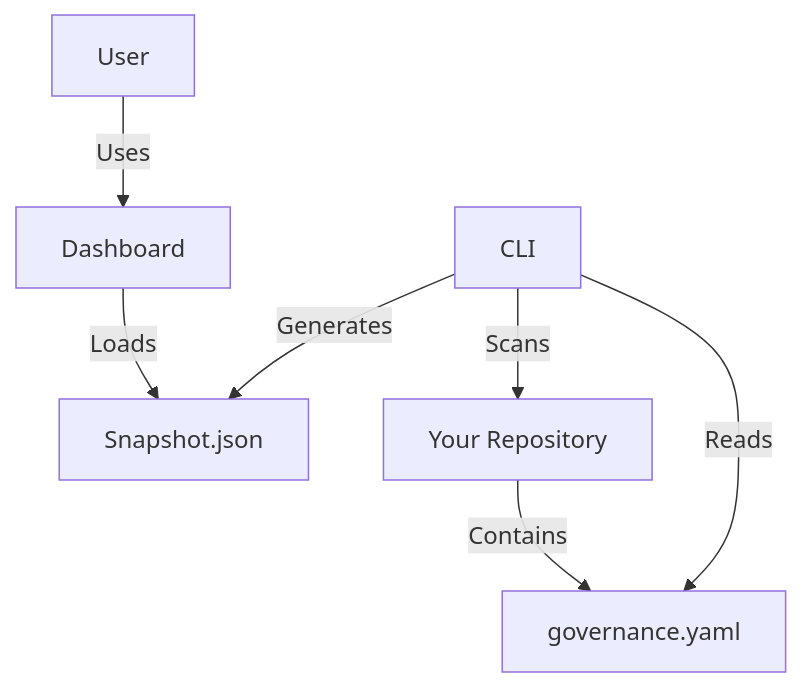
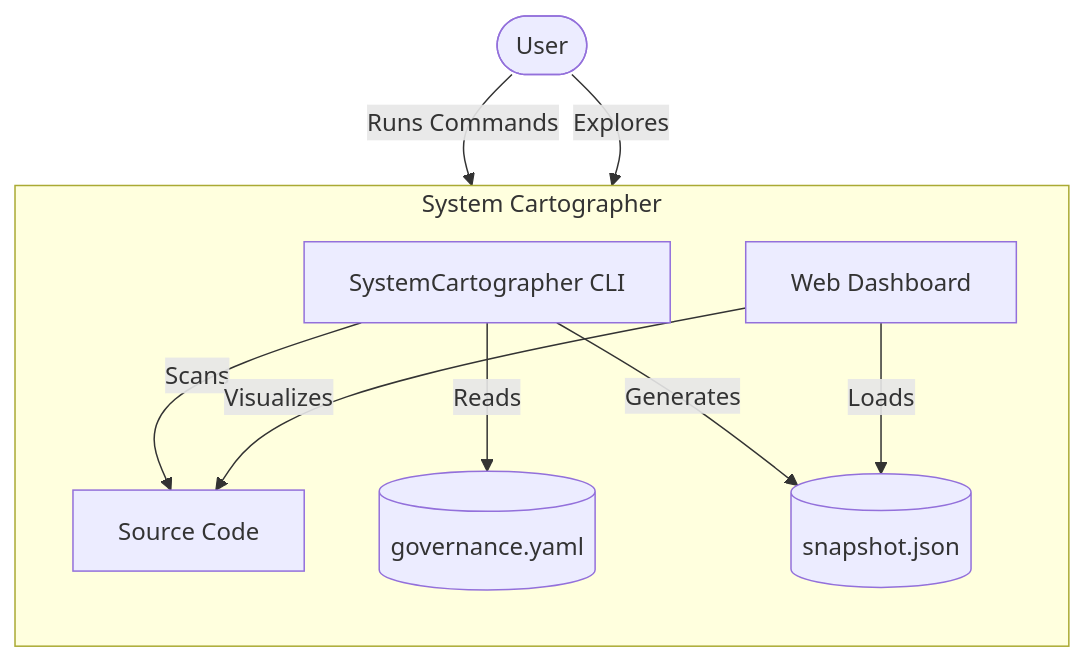
Before and after one commit to cmvayette/MysteryMachine: the diagram in README.md, drawn with Mermaid. The commit also changed other lines of this file, not shown here.

Commit message:
docs: Fix mermaid diagram and clarify MassiveRepo availability

````diff
--- a/README.md
+++ b/README.md
@@ -21,9 +21,30 @@
 ```mermaid
-graph TD
-    User -->|Uses| Dashboard
-    Dashboard -->|Loads| Snapshot[Snapshot.json]
-    CLI -->|Scans| Repo[Your Repository]
-    CLI -->|Generates| Snapshot
-    Repo -->|Contains| governance.yaml
-    CLI -->|Reads| governance.yaml
+flowchart TD
+    %% Actors
+    User([User])
+
+    %% System Boundary
+    subgraph SystemCartographer [System Cartographer]
+        direction TB
+
+        %% Containers
+        CLI[SystemCartographer CLI]
+        Dashboard[Web Dashboard]
+
+        %% Artifacts
+        Config[(governance.yaml)]
+        Snapshot[(snapshot.json)]
+
+        %% Relationships
+        CLI -->|Scans| Codebase[Source Code]
+        CLI -->|Reads| Config
+        CLI -->|Generates| Snapshot
+
+        Dashboard -->|Loads| Snapshot
+        Dashboard -->|Visualizes| Codebase
+    end
+
+    %% Interactions
+    User -->|Runs Commands| CLI
+    User -->|Explores| Dashboard
 ```
````
